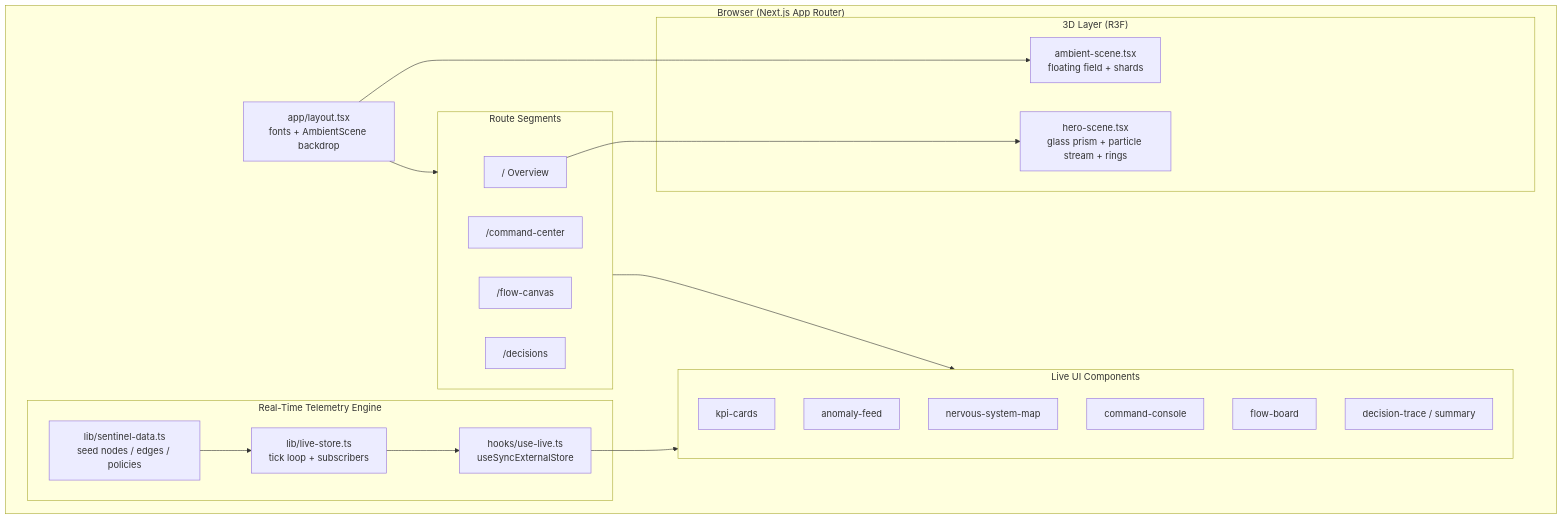
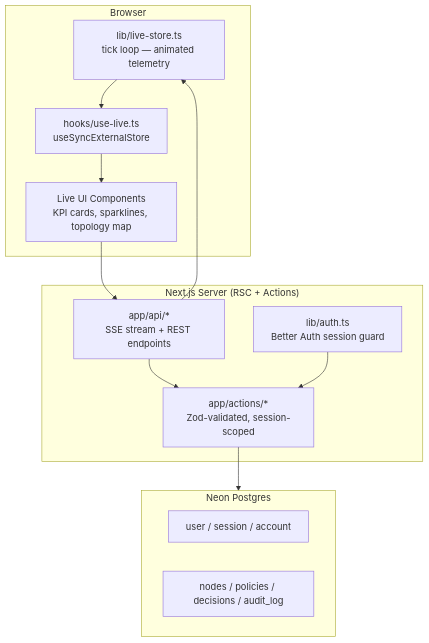
Before and after one commit to BugHunterX2101/SentinalGateway: the first of 2 diagrams in README.md, drawn with Mermaid. The commit also changed other lines of this file and 1 other file, not shown here.

Commit message:
feat: enhance README with live demo and tech stack details

````diff
--- a/README.md
+++ b/README.md
@@ -57,41 +127,25 @@
 ```mermaid
 graph TD
-    subgraph Client["Browser (Next.js App Router)"]
-        RootLayout["app/layout.tsx<br/>fonts + AmbientScene backdrop"]
-
-        subgraph Pages["Route Segments"]
-            Landing["/ Overview"]
-            Command["/command-center"]
-            Flow["/flow-canvas"]
-            Decisions["/decisions"]
-        end
-
-        subgraph ThreeD["3D Layer (R3F)"]
-            Hero["hero-scene.tsx<br/>glass prism + particle stream + rings"]
-            Ambient["ambient-scene.tsx<br/>floating field + shards"]
-        end
-
-        subgraph Engine["Real-Time Telemetry Engine"]
-            Store["lib/live-store.ts<br/>tick loop + subscribers"]
-            Hook["hooks/use-live.ts<br/>useSyncExternalStore"]
-            Seed["lib/sentinel-data.ts<br/>seed nodes / edges / policies"]
-        end
-
-        subgraph UI["Live UI Components"]
-            KPI["kpi-cards"]
-            Feed["anomaly-feed"]
-            Map["nervous-system-map"]
-            Console["command-console"]
-            Board["flow-board"]
-            Trace["decision-trace / summary"]
-        end
+    subgraph Client["Browser"]
+        SimEngine["lib/live-store.ts<br/>tick loop — animated telemetry"]
+        Hook["hooks/use-live.ts<br/>useSyncExternalStore"]
+        UI["Live UI Components<br/>KPI cards, sparklines, topology map"]
     end
 
-    RootLayout --> Pages
-    RootLayout --> Ambient
-    Landing --> Hero
-    Seed --> Store
-    Store --> Hook
-    Hook --> UI
-    Pages --> UI
+    subgraph Server["Next.js Server (RSC + Actions)"]
+        Actions["app/actions/*<br/>Zod-validated, session-scoped"]
+        APIRoutes["app/api/*<br/>SSE stream + REST endpoints"]
+        AuthLayer["lib/auth.ts<br/>Better Auth session guard"]
+    end
+
+    subgraph DB["Neon Postgres"]
+        AuthTables["user / session / account"]
+        AppTables["nodes / policies / decisions / audit_log"]
+    end
+
+    SimEngine --> Hook --> UI
+    UI --> APIRoutes
+    APIRoutes --> Actions --> DB
+    AuthLayer --> Actions
+    APIRoutes --> SimEngine
 ```
````
